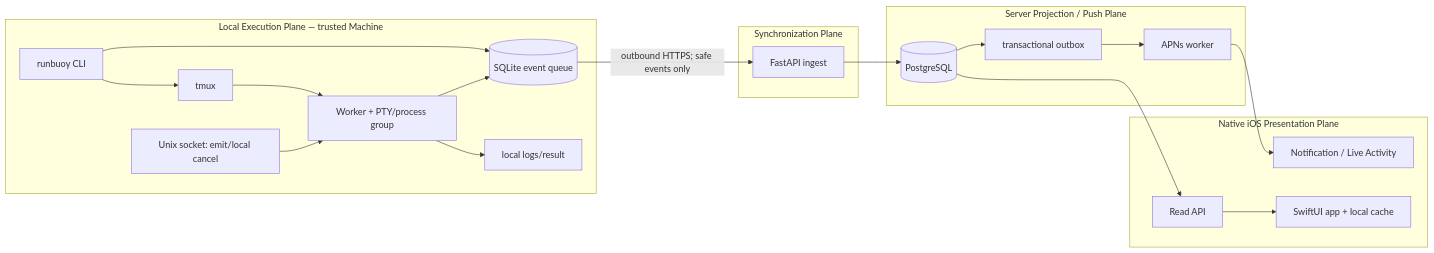
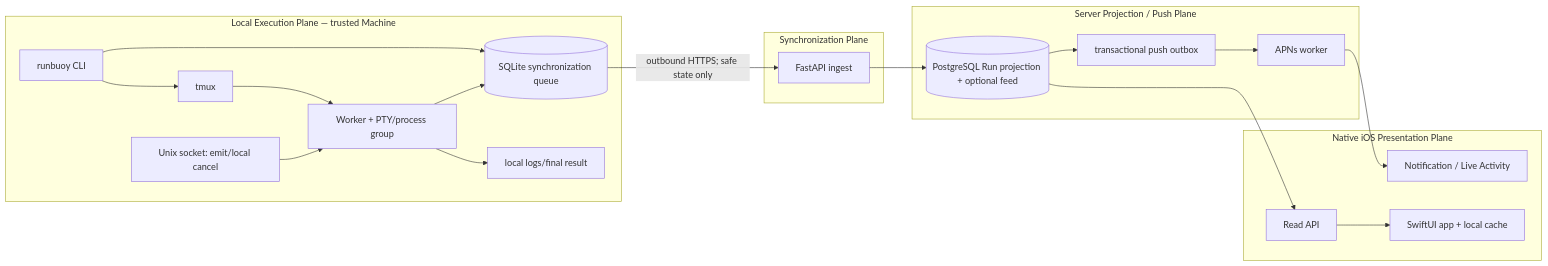
The first of 2 diagrams in docs/architecture.md (TANG617/RunBuoy), drawn with Mermaid before and after one commit. The commit also changed other lines of this file, not shown here.

Commit message:
docs: align architecture with latest-state convergence

````diff
--- a/docs/architecture.md
+++ b/docs/architecture.md
@@ -5,24 +5,24 @@
 ```mermaid
 flowchart LR
   subgraph M["Local Execution Plane — trusted Machine"]
-    C["runbuoy CLI"] --> DB[("SQLite event queue")]
+    C["runbuoy CLI"] --> DB[("SQLite synchronization queue")]
     C --> T["tmux"]
     T --> W["Worker + PTY/process group"]
-    W --> L["local logs/result"]
+    W --> L["local logs/final result"]
     W --> DB
     S["Unix socket: emit/local cancel"] --> W
   end
   subgraph Y["Synchronization Plane"]
-    DB -->|"outbound HTTPS; safe events only"| API["FastAPI ingest"]
+    DB -->|"outbound HTTPS; safe state only"| API["FastAPI ingest"]
   end
   subgraph P["Server Projection / Push Plane"]
-    API --> PG[("PostgreSQL")]
-    PG --> O["transactional outbox"]
+    API --> PG[("PostgreSQL Run projection + optional feed")]
+    PG --> O["transactional push outbox"]
     O --> AP["APNs worker"]
   end
   subgraph I["Native iOS Presentation Plane"]
     AP --> LA["Notification / Live Activity"]
     R["Read API"] --> APP["SwiftUI app + local cache"]
   end
   PG --> R
 ```
````
